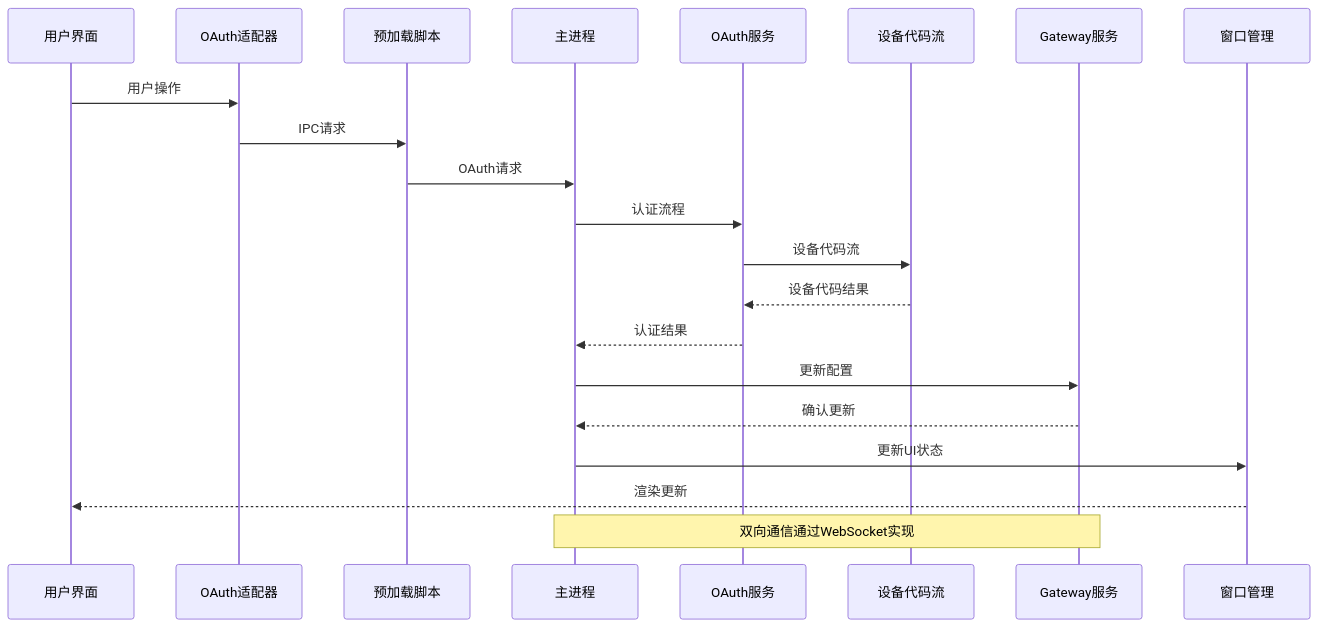
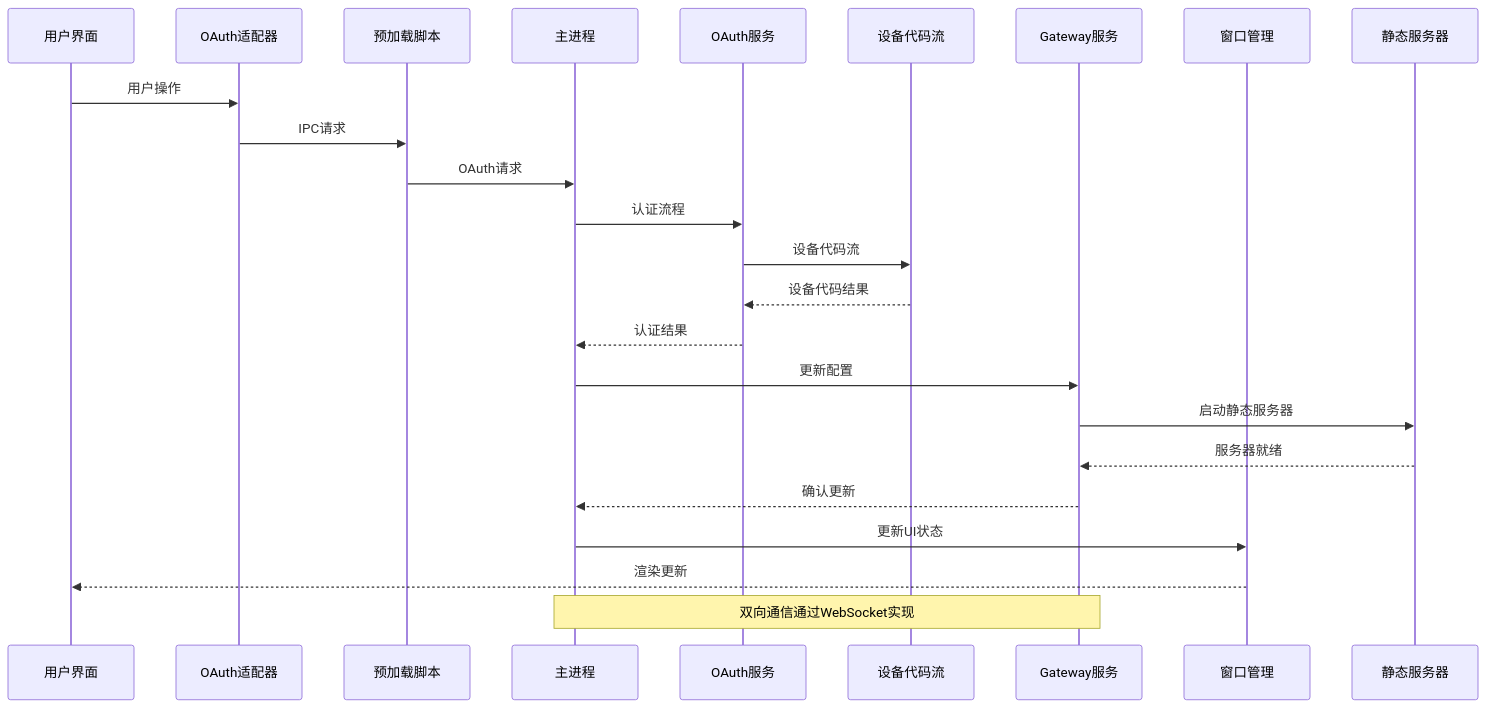
The third of 25 diagrams in .qoder/repowiki/zh/content/核心概念/Electron应用增强.md (verse-ai-org/openclaw), drawn with Mermaid before and after one commit. The commit also changed other lines of this file and 9 other files, not shown here.

````diff
--- a/.qoder/repowiki/zh/content/核心概念/Electron应用增强.md
+++ b/.qoder/repowiki/zh/content/核心概念/Electron应用增强.md
@@ -231,23 +260,26 @@
 ```mermaid
 sequenceDiagram
 participant UI as 用户界面
 participant Adapter as OAuth适配器
 participant Preload as 预加载脚本
 participant Main as 主进程
 participant OAuth as OAuth服务
 participant DeviceFlow as 设备代码流
 participant Gateway as Gateway服务
 participant Window as 窗口管理
+participant StaticServer as 静态服务器
 UI->>Adapter : 用户操作
 Adapter->>Preload : IPC请求
 Preload->>Main : OAuth请求
 Main->>OAuth : 认证流程
 OAuth->>DeviceFlow : 设备代码流
 DeviceFlow-->>OAuth : 设备代码结果
 OAuth-->>Main : 认证结果
 Main->>Gateway : 更新配置
+Gateway->>StaticServer : 启动静态服务器
+StaticServer-->>Gateway : 服务器就绪
 Gateway-->>Main : 确认更新
 Main->>Window : 更新UI状态
 Window-->>UI : 渲染更新
 Note over Main,Gateway : 双向通信通过WebSocket实现
 ```
````
